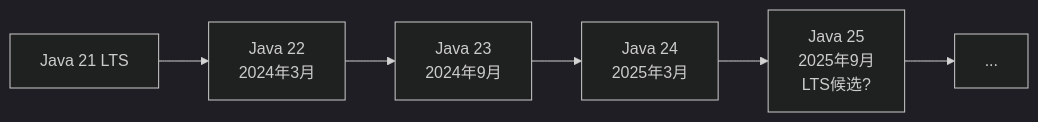
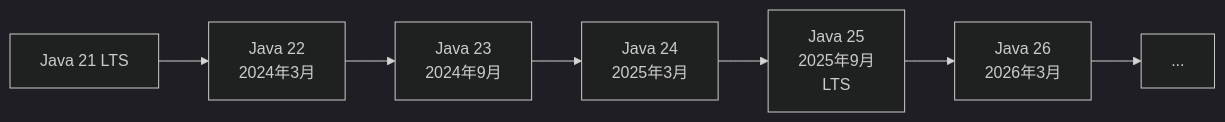
One commit to before80/prgms changed the third of 4 diagrams in content/Java/basic/Chapter-03-version-selection.md. Above: the diagram before and after it, drawn with Mermaid (dark theme). The commit also changed other lines of this file and 1645 other files, not shown here.

````diff
--- a/content/Java/basic/Chapter-03-version-selection.md
+++ b/content/Java/basic/Chapter-03-version-selection.md
@@ -616,8 +641,9 @@
 ```mermaid
 graph LR
     A[Java 21 LTS] --> B[Java 22<br/>2024年3月]
     B --> C[Java 23<br/>2024年9月]
     C --> D[Java 24<br/>2025年3月]
-    D --> E[Java 25<br/>2025年9月<br/>LTS候选?]
-    E --> F[...]
+    D --> E[Java 25<br/>2025年9月<br/>LTS]
+    E --> F[Java 26<br/>2026年3月]
+    F --> G[...]
 ```
````
